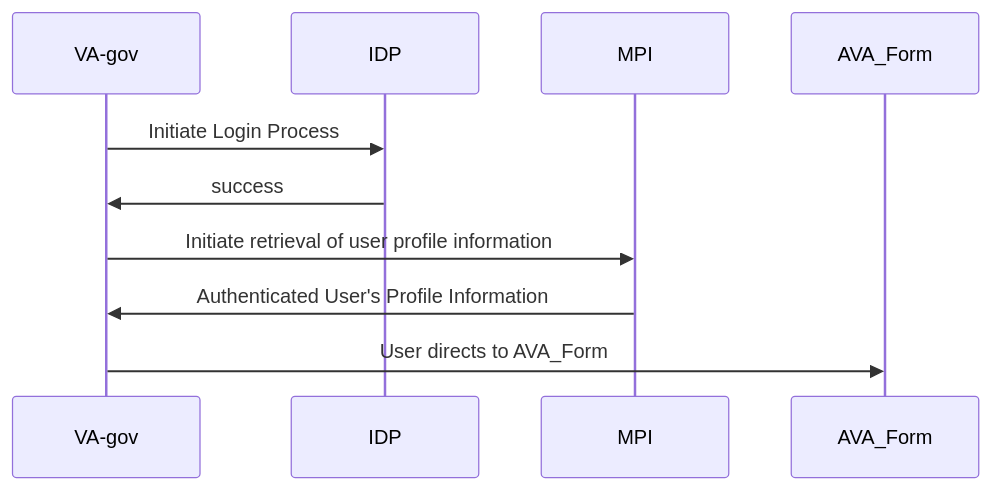
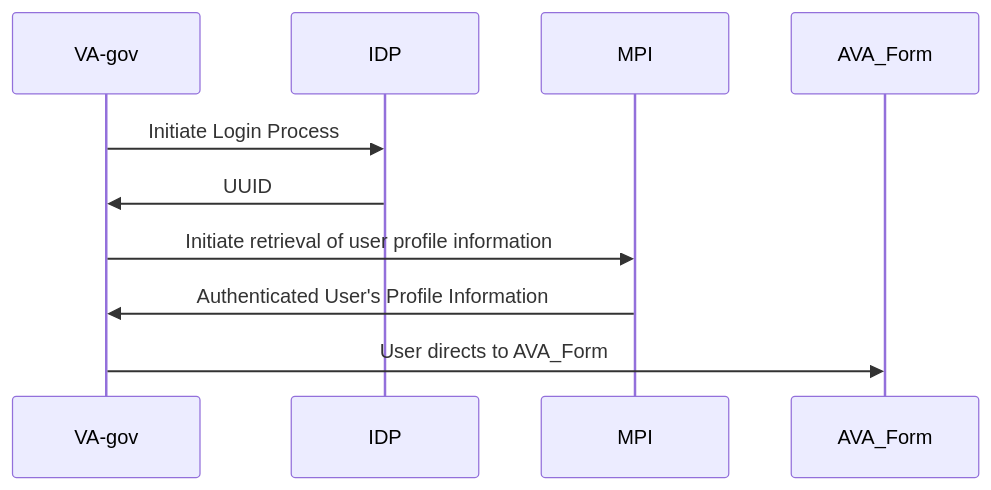
Before and after one commit to department-of-veterans-affairs/va.gov-team: the fourth of 5 diagrams in products/ask-va/integration/va_profile/profile_processes.md, drawn with Mermaid.

````diff
--- a/products/ask-va/integration/va_profile/profile_processes.md
+++ b/products/ask-va/integration/va_profile/profile_processes.md
@@ -106,8 +106,8 @@
 ```mermaid
 sequenceDiagram
     VA-gov->>IDP: Initiate Login Process
-    IDP->>VA-gov: success
+    IDP->>VA-gov: UUID
     VA-gov->>MPI: Initiate retrieval of user profile information
     MPI->>VA-gov: Authenticated User's Profile Information
     VA-gov->>AVA_Form: User directs to AVA_Form
 ```
````
